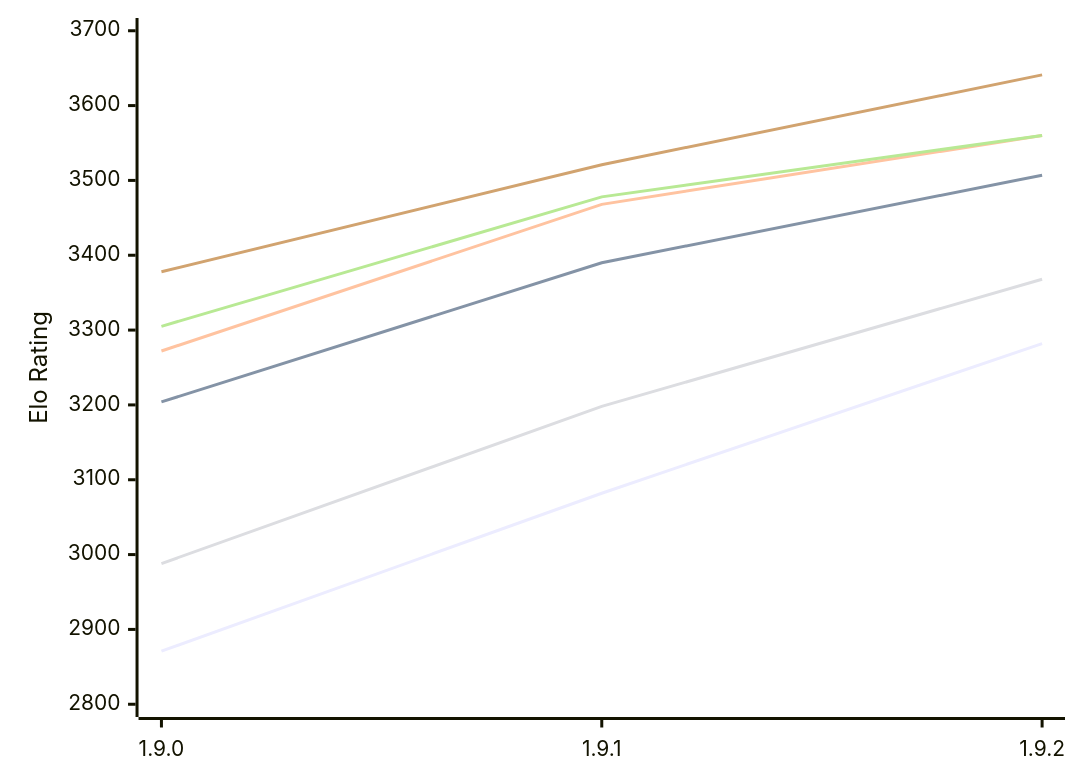
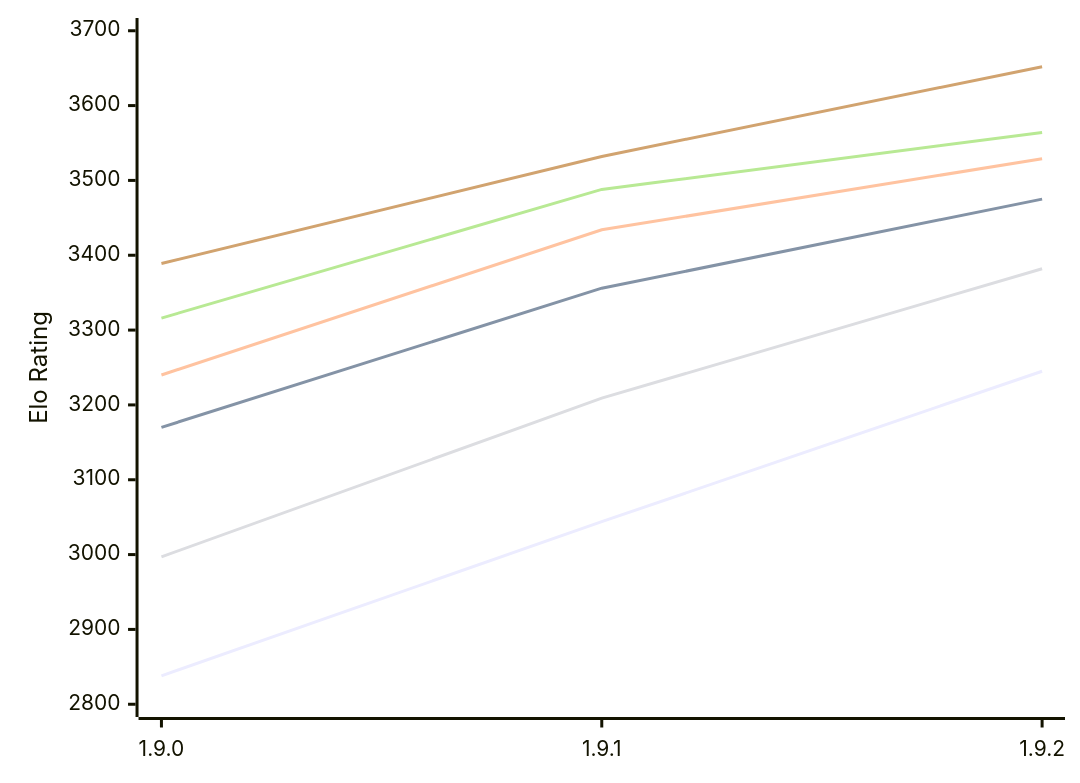
Before and after one commit to computer-chess-index/cci: the diagram in engines/Superpawn.md, drawn with Mermaid. The commit also changed other lines of this file, not shown here.

Commit message:
Update CCI Ratings (ELO VLTC) - 2026-11-12

````diff
--- a/engines/Superpawn.md
+++ b/engines/Superpawn.md
@@ -51,12 +51,12 @@
 ```mermaid
 %%{init: {"theme":"base","themeVariables":{"seriesColors:['#a3a3a3','#222221','#faa371']}}}%%
 xychart-beta
   x-axis ["1.9.0", "1.9.1", "1.9.2"]
   y-axis "Elo Rating" 2800 --> 3700
-  line "E1: STC (8.0+0.08s)" [2871, 3082, 3282]
-  line "E1: LTC (60.0+0.60s)" [3204, 3390, 3507]
-  line "E1: VLTC (2m24s+1.12s)" [3272, 3468, 3560]
-  line "P1: STC (8.0+0.08s)" [2988, 3198, 3368]
-  line "P1: LTC (60.0+0.60s)" [3305, 3478, 3560]
-  line "P1: VLTC (2m24s+1.12s)" [3378, 3521, 3641]
+  line "E1: STC (8.0+0.08s)" [2838, 3044, 3245]
+  line "E1: LTC (60.0+0.60s)" [3170, 3356, 3475]
+  line "E1: VLTC (2m24s+1.12s)" [3240, 3434, 3529]
+  line "P1: STC (8.0+0.08s)" [2997, 3209, 3382]
+  line "P1: LTC (60.0+0.60s)" [3316, 3488, 3564]
+  line "P1: VLTC (2m24s+1.12s)" [3389, 3532, 3652]
 ```
````
